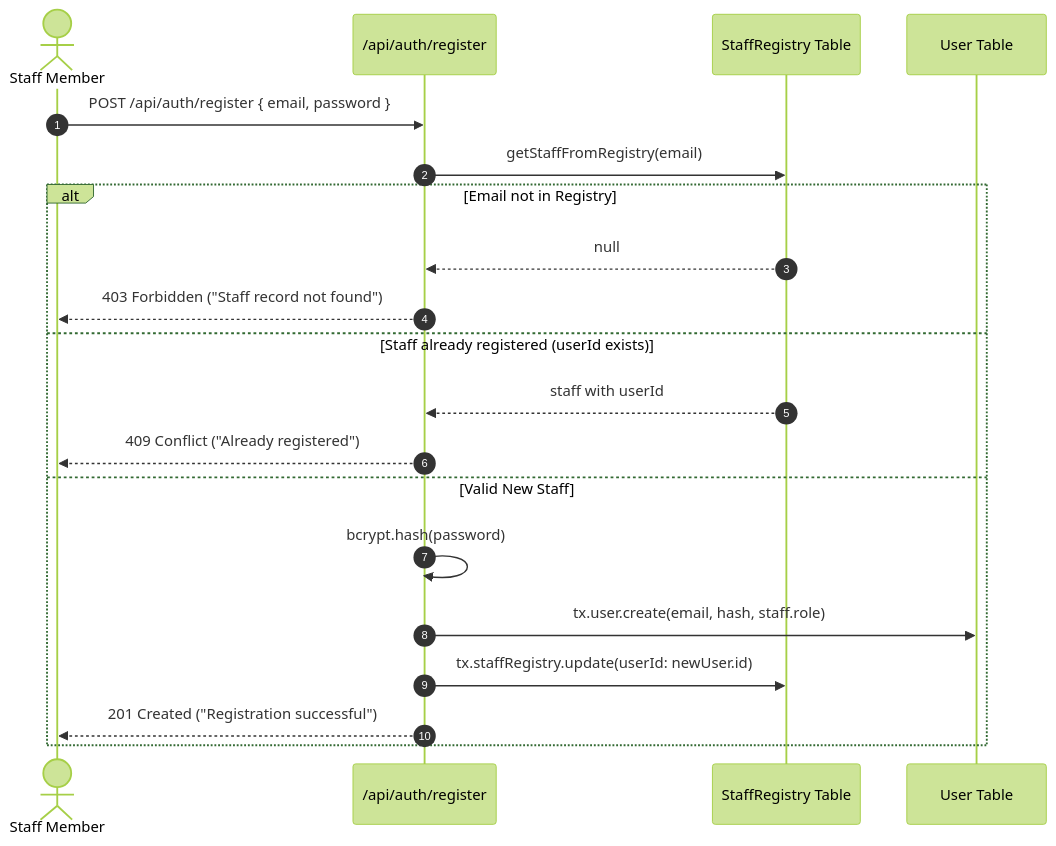
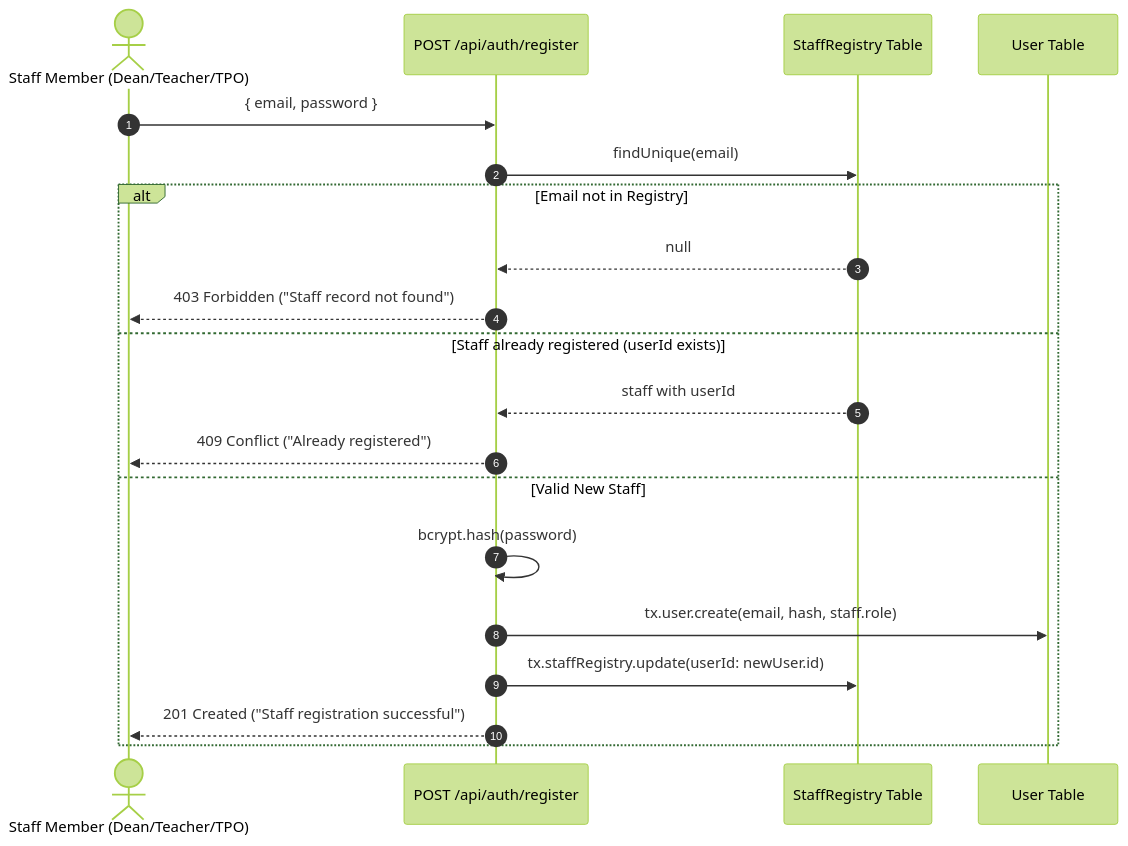
The third of 5 diagrams in backend/arch/backend_architecture_and_maps.md (ARPITPRAJAPATI/Only_jobs), drawn with Mermaid (forest theme) before and after one commit. The commit also changed other lines of this file and 2 other files, not shown here.

Commit message:
docs: add comprehensive backend architecture maps and implementation plans

````diff
--- a/backend/arch/backend_architecture_and_maps.md
+++ b/backend/arch/backend_architecture_and_maps.md
@@ -182,23 +248,23 @@
 ```mermaid
 sequenceDiagram
     autonumber
-    actor Staff as Staff Member
-    participant API as /api/auth/register
+    actor Staff as Staff Member (Dean/Teacher/TPO)
+    participant API as POST /api/auth/register
     participant Registry as StaffRegistry Table
     participant DB as User Table
 
-    Staff->>API: POST /api/auth/register { email, password }
-    API->>Registry: getStaffFromRegistry(email)
+    Staff->>API: { email, password }
+    API->>Registry: findUnique(email)
     alt Email not in Registry
         Registry-->>API: null
         API-->>Staff: 403 Forbidden ("Staff record not found")
     else Staff already registered (userId exists)
         Registry-->>API: staff with userId
         API-->>Staff: 409 Conflict ("Already registered")
     else Valid New Staff
         API->>API: bcrypt.hash(password)
         API->>DB: tx.user.create(email, hash, staff.role)
         API->>Registry: tx.staffRegistry.update(userId: newUser.id)
-        API-->>Staff: 201 Created ("Registration successful")
+        API-->>Staff: 201 Created ("Staff registration successful")
     end
 ```
````
